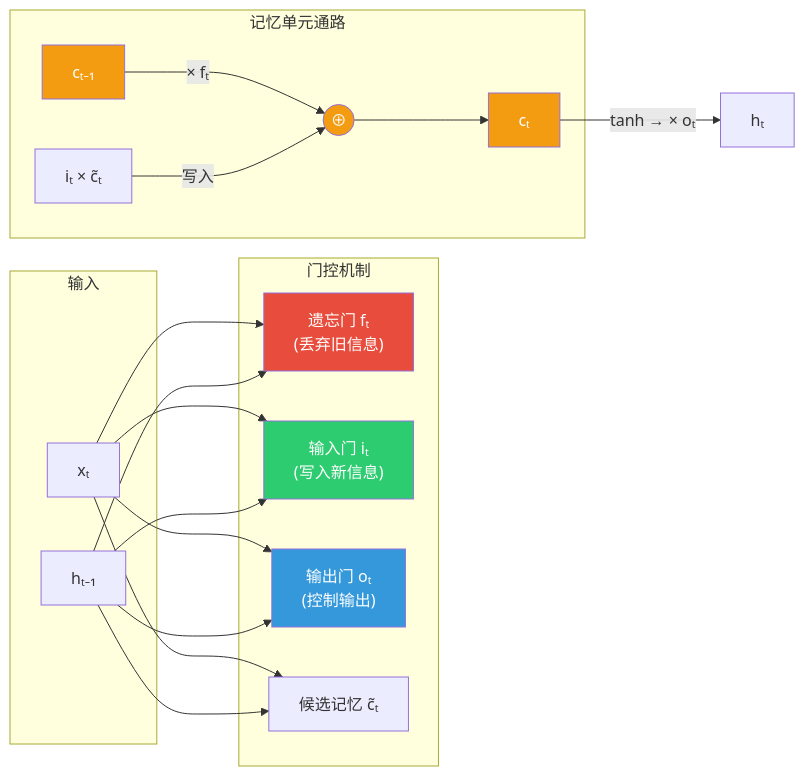
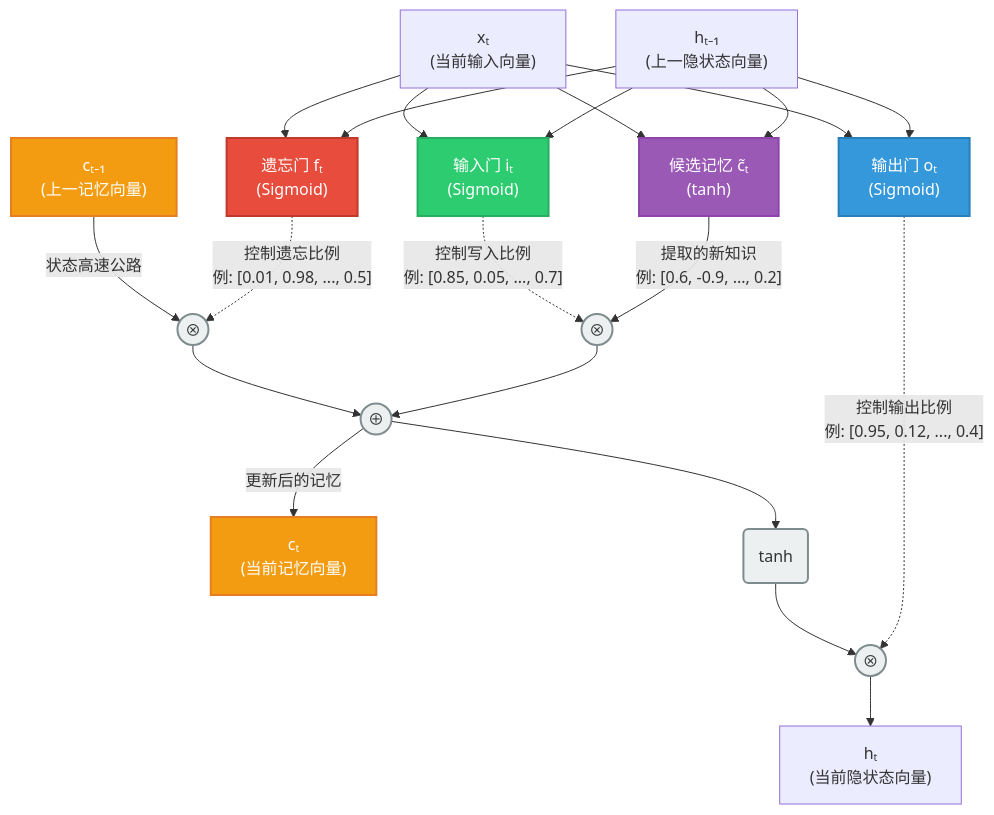
Before and after one commit to yeasy/llm_internals: the second of 2 diagrams in 01_introduction/1.2_rnn_cnn_limits.md, drawn with Mermaid. The commit also changed other lines of this file and 50 other files, not shown here.

````diff
--- a/01_introduction/1.2_rnn_cnn_limits.md
+++ b/01_introduction/1.2_rnn_cnn_limits.md
@@ -67,31 +108,60 @@
 ```mermaid
-graph LR
-    subgraph inputs["输入"]
-        xt["xₜ"]
-        ht1["hₜ₋₁"]
-    end
+graph TD
+    %% 输入
+    x_t["xₜ<br/>(当前输入向量)"]
+    h_prev["hₜ₋₁<br/>(上一隐状态向量)"]
+    c_prev["cₜ₋₁<br/>(上一记忆向量)"]
 
-    subgraph gates["门控机制"]
-        fg["遗忘门 fₜ\n(丢弃旧信息)"]
-        ig["输入门 iₜ\n(写入新信息)"]
-        og["输出门 oₜ\n(控制输出)"]
-        cand["候选记忆 c̃ₜ"]
-    end
+    %% 输出
+    c_next["cₜ<br/>(当前记忆向量)"]
+    h_next["hₜ<br/>(当前隐状态向量)"]
 
-    subgraph cell["记忆单元通路"]
-        ct1["cₜ₋₁"] -->|"× fₜ"| add(("⊕"))
-        ig_out["iₜ × c̃ₜ"] -->|"写入"| add
-        add --> ct["cₜ"]
-    end
+    %% 门控网络层
+    f_gate["遗忘门 fₜ<br/>(Sigmoid)"]
+    i_gate["输入门 iₜ<br/>(Sigmoid)"]
+    c_cand["候选记忆 c̃ₜ<br/>(tanh)"]
+    o_gate["输出门 oₜ<br/>(Sigmoid)"]
 
-    xt --> fg & ig & og & cand
-    ht1 --> fg & ig & og & cand
-    ct -->|"tanh → × oₜ"| ht["hₜ"]
+    %% 运算节点
+    op_mul_f(("⊗"))
+    op_mul_i(("⊗"))
+    op_add(("⊕"))
+    op_tanh("tanh")
+    op_mul_o(("⊗"))
 
-    style fg fill:#e74c3c,color:#fff
-    style ig fill:#2ecc71,color:#fff
-    style og fill:#3498db,color:#fff
-    style ct1 fill:#f39c12,color:#fff
-    style ct fill:#f39c12,color:#fff
-    style add fill:#f39c12,color:#fff
+    %% 连线：输入到各个门
+    x_t --> f_gate & i_gate & c_cand & o_gate
+    h_prev --> f_gate & i_gate & c_cand & o_gate
+
+    %% 连线：遗忘机制 (主干道)
+    c_prev -->|"状态高速公路"| op_mul_f
+    f_gate -.->|"控制遗忘比例<br/>例: [0.01, 0.98, ..., 0.5]"| op_mul_f
+    
+    %% 连线：写入机制
+    i_gate -.->|"控制写入比例<br/>例: [0.85, 0.05, ..., 0.7]"| op_mul_i
+    c_cand -->|"提取的新知识<br/>例: [0.6, -0.9, ..., 0.2]"| op_mul_i
+    
+    op_mul_f --> op_add
+    op_mul_i --> op_add
+    
+    op_add -->|"更新后的记忆"| c_next
+    
+    %% 连线：输出机制
+    op_add --> op_tanh
+    op_tanh --> op_mul_o
+    o_gate -.->|"控制输出比例<br/>例: [0.95, 0.12, ..., 0.4]"| op_mul_o
+    op_mul_o --> h_next
+
+    %% 样式美化
+    style c_prev fill:#f39c12,color:#fff,stroke:#e67e22,stroke-width:2px
+    style c_next fill:#f39c12,color:#fff,stroke:#e67e22,stroke-width:2px
+    style f_gate fill:#e74c3c,color:#fff,stroke:#c0392b,stroke-width:2px
+    style i_gate fill:#2ecc71,color:#fff,stroke:#27ae60,stroke-width:2px
+    style o_gate fill:#3498db,color:#fff,stroke:#2980b9,stroke-width:2px
+    style c_cand fill:#9b59b6,color:#fff,stroke:#8e44ad,stroke-width:2px
+    style op_mul_f fill:#ecf0f1,stroke:#7f8c8d,stroke-width:2px
+    style op_mul_i fill:#ecf0f1,stroke:#7f8c8d,stroke-width:2px
+    style op_add fill:#ecf0f1,stroke:#7f8c8d,stroke-width:2px
+    style op_mul_o fill:#ecf0f1,stroke:#7f8c8d,stroke-width:2px
+    style op_tanh fill:#ecf0f1,stroke:#7f8c8d,stroke-width:2px
 ```
````
